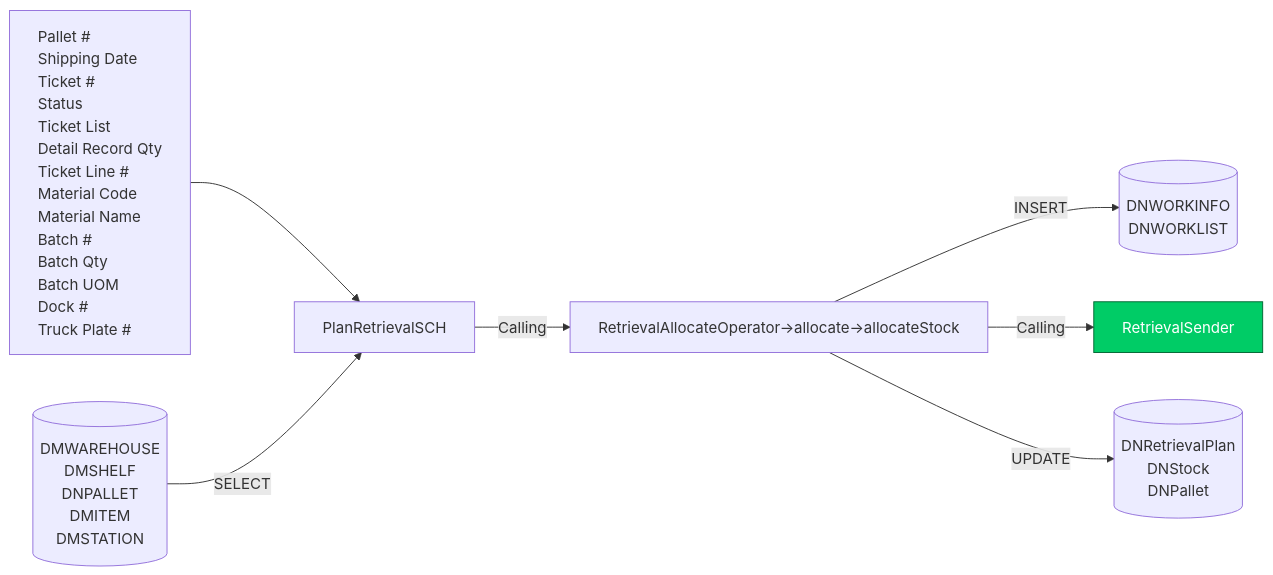
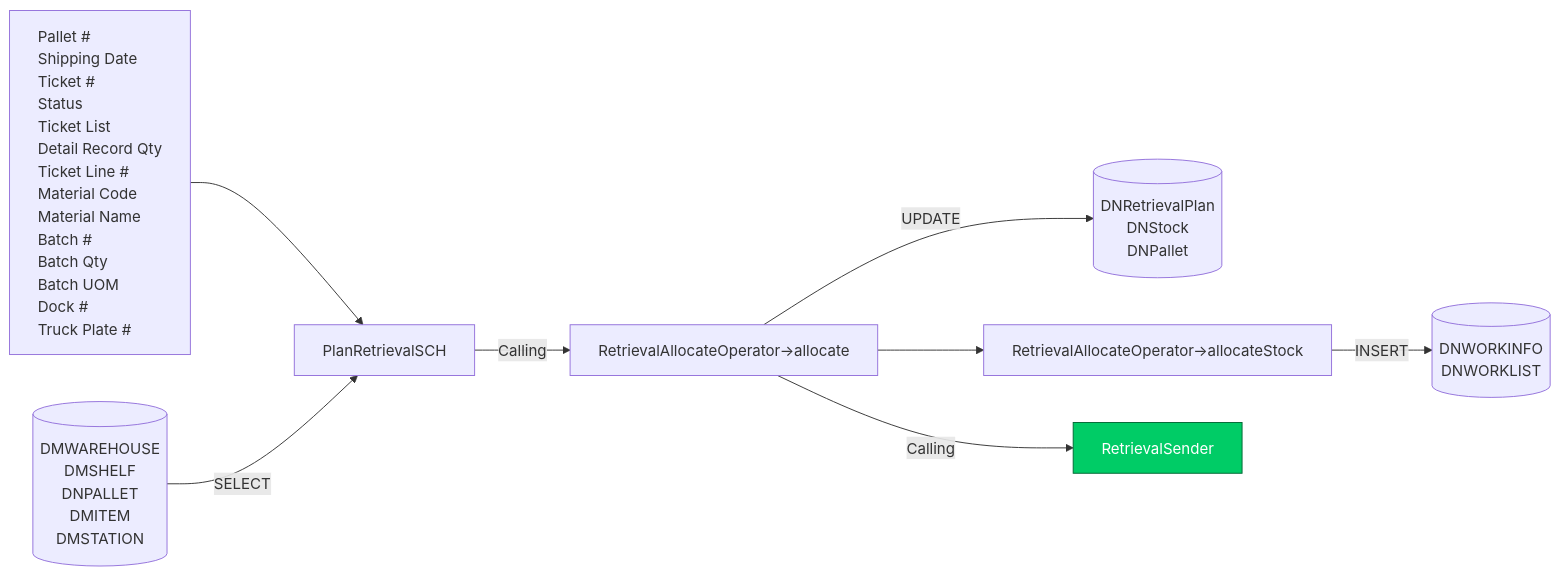
The third of 11 diagrams in Basic-Design/DFD-WMS/Retrieval/Planned-Retrieval-to-HP-Area.md (luthfiadityaa/SimeDarby-Wiki), drawn with Mermaid before and after one commit.

Commit message:
Updated Planned Retrieval to HP Area

```diff
--- a/Basic-Design/DFD-WMS/Retrieval/Planned-Retrieval-to-HP-Area.md
+++ b/Basic-Design/DFD-WMS/Retrieval/Planned-Retrieval-to-HP-Area.md
@@ -116,51 +116,52 @@
 ::: mermaid
 flowchart LR
     input[
         Pallet #
         Shipping Date
         Ticket #
         Status
         Ticket List
         Detail Record Qty
         Ticket Line #
         Material Code
         Material Name
         Batch #
         Batch Qty
         Batch UOM
         Dock #
         Truck Plate #    
     ]
 
     tableList-insert[("
         DNWORKINFO
         DNWORKLIST
     ")]
 
     tableList-update[("
         DNRetrievalPlan
         DNStock
         DNPallet
     ")]
 
      tableList-select[("
         DMWAREHOUSE
         DMSHELF
         DNPALLET
         DMITEM
         DMSTATION
     ")]
 
     className[PlanRetrievalSCH]
-    className--> |Calling| methodName[RetrievalAllocateOperator→allocate→allocateStock] --> |INSERT| tableList-insert
+    className--> |Calling| methodName[RetrievalAllocateOperator→allocate] 
+    methodName-->methodName2[RetrievalAllocateOperator→allocateStock]--> |INSERT| tableList-insert
     input --> className
     tableList-select --> |SELECT| className
     methodName--> |Calling| P1[RetrievalSender]
     methodName--> |UPDATE| tableList-update
 
     click P1 "https://dev.azure.com/Daifuku-SW/ID_SimeDarbyPlantation/_wiki/wikis/ID_SimeDarbyPlantation.wiki/956/Stacked-Empty-Pallet?anchor=retrieval-sender" "Go to Retrieval Retrieval Sender"
     style P1 fill:#00cc66,stroke:#006633,color:#ffffff
 
     classDef leftAlign text-align:left;
     class input leftAlign;
 :::
```
